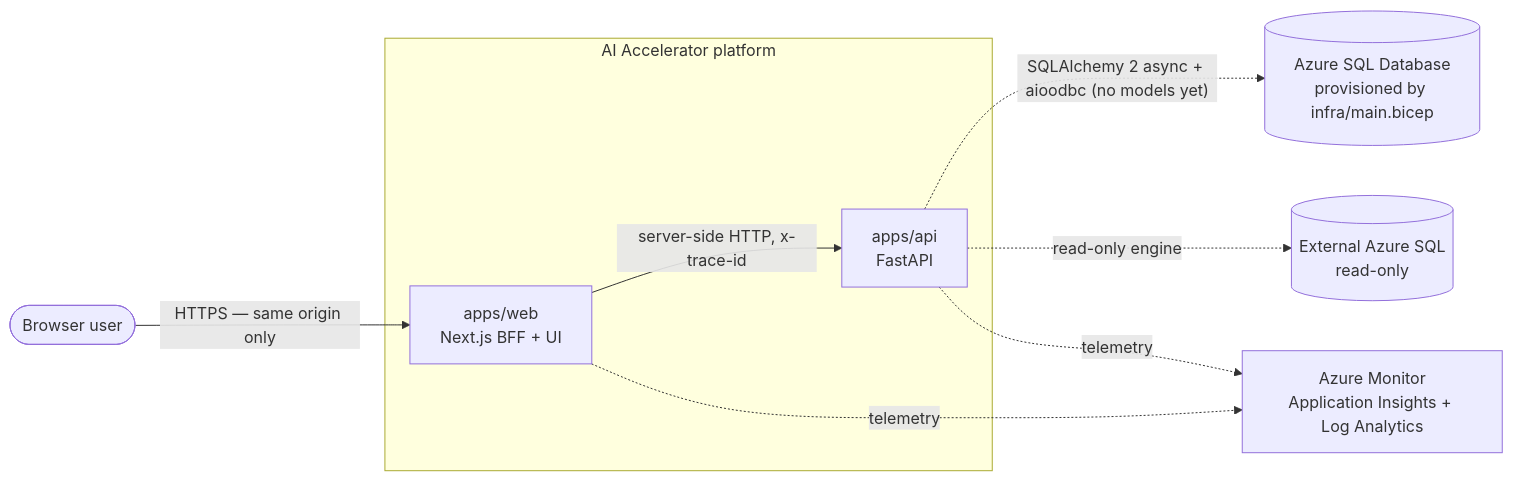
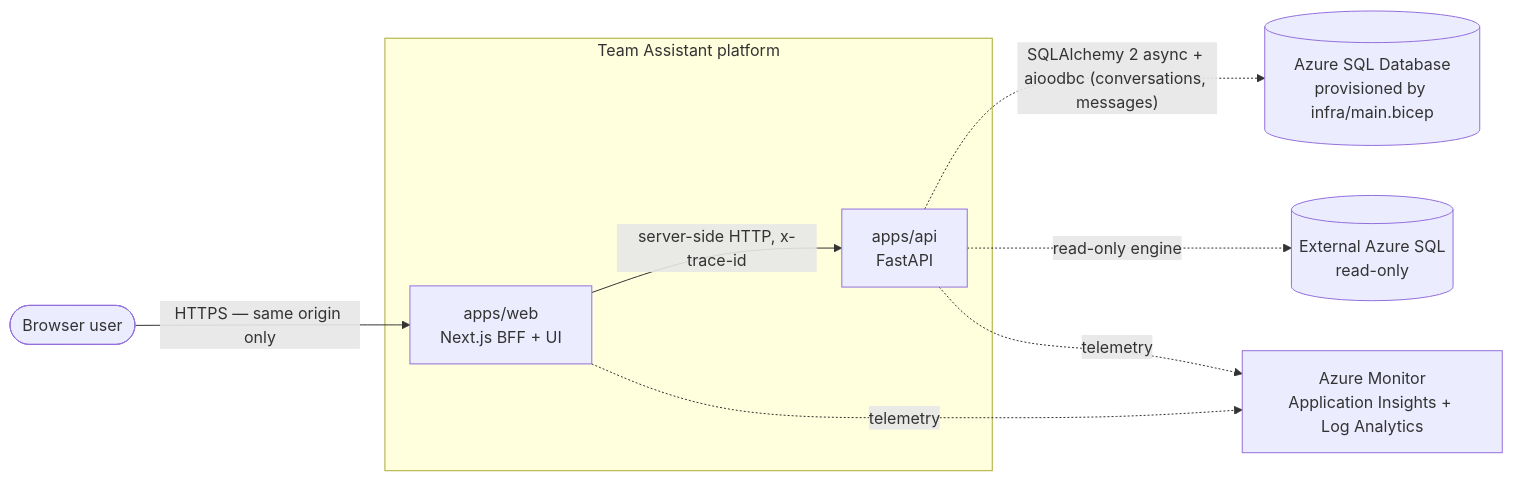
The first of 3 diagrams in docs/architecture/overview.md (capelloorion/Abdallah), drawn with Mermaid before and after one commit. The commit also changed other lines of this file and 102 other files, not shown here.

First line of the commit message:
chore: initialise Team Assistant (rename, roadmaps, ADR drafts)

````diff
--- a/docs/architecture/overview.md
+++ b/docs/architecture/overview.md
@@ -54,20 +54,20 @@
 ```mermaid
 flowchart LR
     user(["Browser user"])
 
-    subgraph platform["AI Accelerator platform"]
+    subgraph platform["Team Assistant platform"]
         web["apps/web<br/>Next.js BFF + UI"]
         py["apps/api<br/>FastAPI"]
     end
 
     pg[("Azure SQL Database<br/>provisioned by infra/main.bicep")]
     ext[("External Azure SQL<br/>read-only")]
     azm["Azure Monitor<br/>Application Insights + Log Analytics"]
 
     user -->|"HTTPS — same origin only"| web
     web -->|"server-side HTTP, x-trace-id"| py
-    py -.->|"SQLAlchemy 2 async + aioodbc (no models yet)"| pg
+    py -.->|"SQLAlchemy 2 async + aioodbc (conversations, messages)"| pg
     py -.->|"read-only engine"| ext
     web -.->|"telemetry"| azm
     py -.->|"telemetry"| azm
 ```
````
